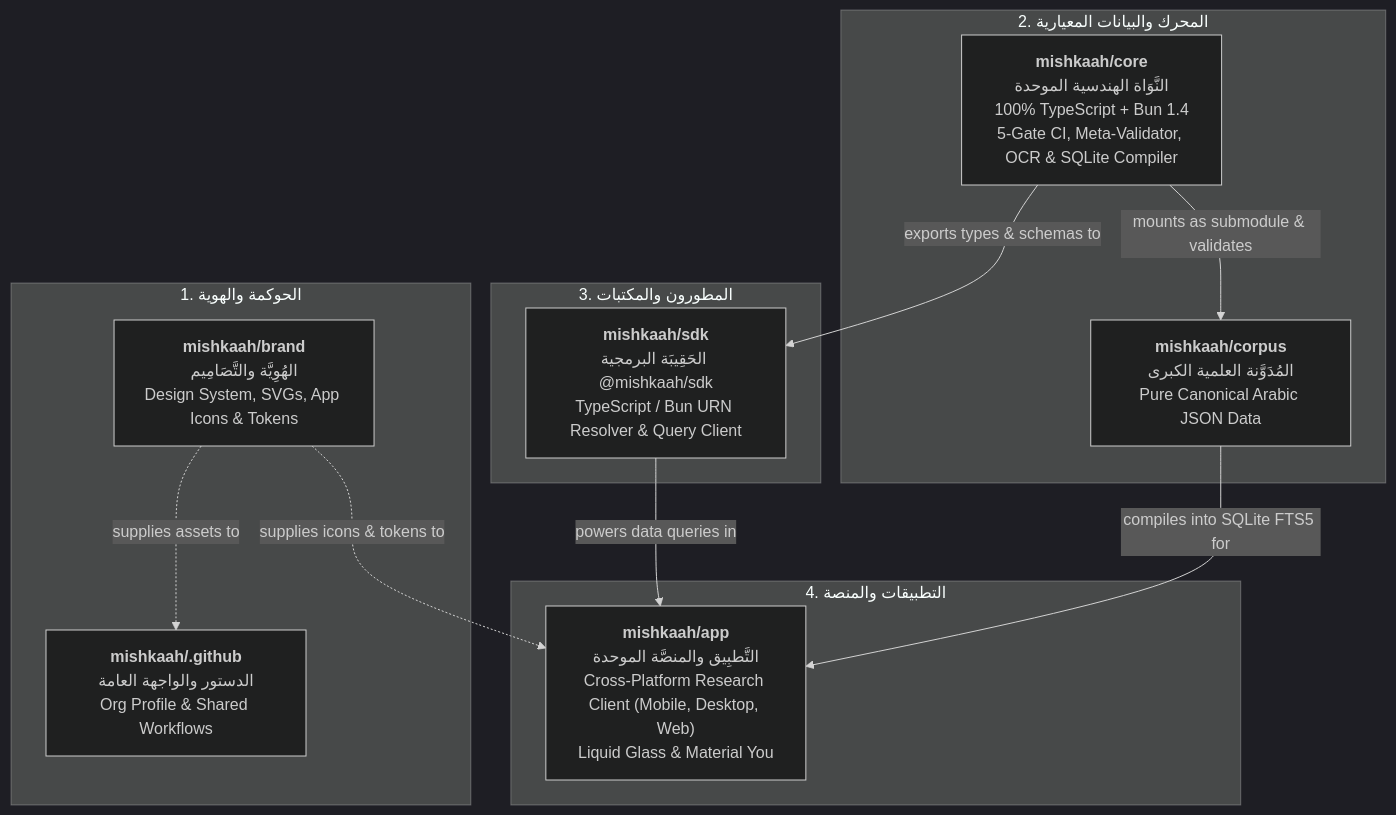
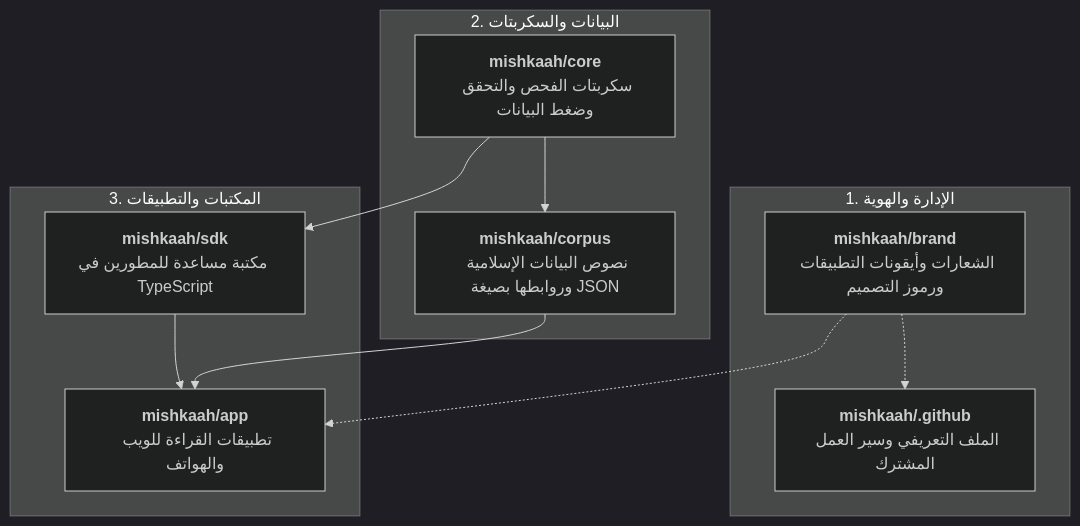
Before and after one commit to mishkaah/.github: the diagram in profile/README.md, drawn with Mermaid (dark theme). The commit also changed other lines of this file and 8 other files, not shown here.

````diff
--- a/profile/README.md
+++ b/profile/README.md
@@ -120,27 +81,24 @@
 ```mermaid
 flowchart TD
-    subgraph Governance["1. الحوكمة والهوية"]
-        DOTGITHUB["<b>mishkaah/.github</b><br/>الدستور والواجهة العامة<br/>Org Profile & Shared Workflows"]
-        BRAND["<b>mishkaah/brand</b><br/>الهُوِيَّة والتَّصَامِيم<br/>Design System, SVGs, App Icons & Tokens"]
+    subgraph DocsAndIdentity["1. الإدارة والهوية"]
+        DOTGITHUB["<b>mishkaah/.github</b><br/>الملف التعريفي وسير العمل المشترك"]
+        BRAND["<b>mishkaah/brand</b><br/>الشعارات وأيقونات التطبيقات ورموز التصميم"]
     end
 
-    subgraph PlatformEngine["2. المحرك والبيانات المعيارية"]
-        CORPUS["<b>mishkaah/corpus</b><br/>المُدَوَّنة العلمية الكبرى<br/>Pure Canonical Arabic JSON Data"]
-        CORE["<b>mishkaah/core</b><br/>النَّوَاة الهندسية الموحدة<br/>100% TypeScript + Bun 1.4<br/>5-Gate CI, Meta-Validator, OCR & SQLite Compiler"]
+    subgraph DataAndCore["2. البيانات والسكربتات"]
+        CORPUS["<b>mishkaah/corpus</b><br/>نصوص البيانات الإسلامية وروابطها بصيغة JSON"]
+        CORE["<b>mishkaah/core</b><br/>سكربتات الفحص والتحقق وضغط البيانات"]
     end
 
-    subgraph DeveloperEcosystem["3. المطورون والمكتبات"]
-        SDK["<b>mishkaah/sdk</b><br/>الحَقِيبَة البرمجية @mishkaah/sdk<br/>TypeScript / Bun URN Resolver & Query Client"]
+    subgraph LibrariesAndApps["3. المكتبات والتطبيقات"]
+        SDK["<b>mishkaah/sdk</b><br/>مكتبة مساعدة للمطورين في TypeScript"]
+        APP["<b>mishkaah/app</b><br/>تطبيقات القراءة للويب والهواتف"]
     end
 
-    subgraph ClientApplications["4. التطبيقات والمنصة"]
-        APP["<b>mishkaah/app</b><br/>التَّطبِيق والمنصَّة الموحدة<br/>Cross-Platform Research Client (Mobile, Desktop, Web)<br/>Liquid Glass & Material You"]
-    end
-
-    BRAND -.->|"supplies assets to"| DOTGITHUB
-    BRAND -.->|"supplies icons & tokens to"| APP
-    CORE -->|"mounts as submodule & validates"| CORPUS
-    CORE -->|"exports types & schemas to"| SDK
-    SDK -->|"powers data queries in"| APP
-    CORPUS -->|"compiles into SQLite FTS5 for"| APP
+    BRAND -.-> DOTGITHUB
+    BRAND -.-> APP
+    CORE --> CORPUS
+    CORE --> SDK
+    SDK --> APP
+    CORPUS --> APP
 ```
````
